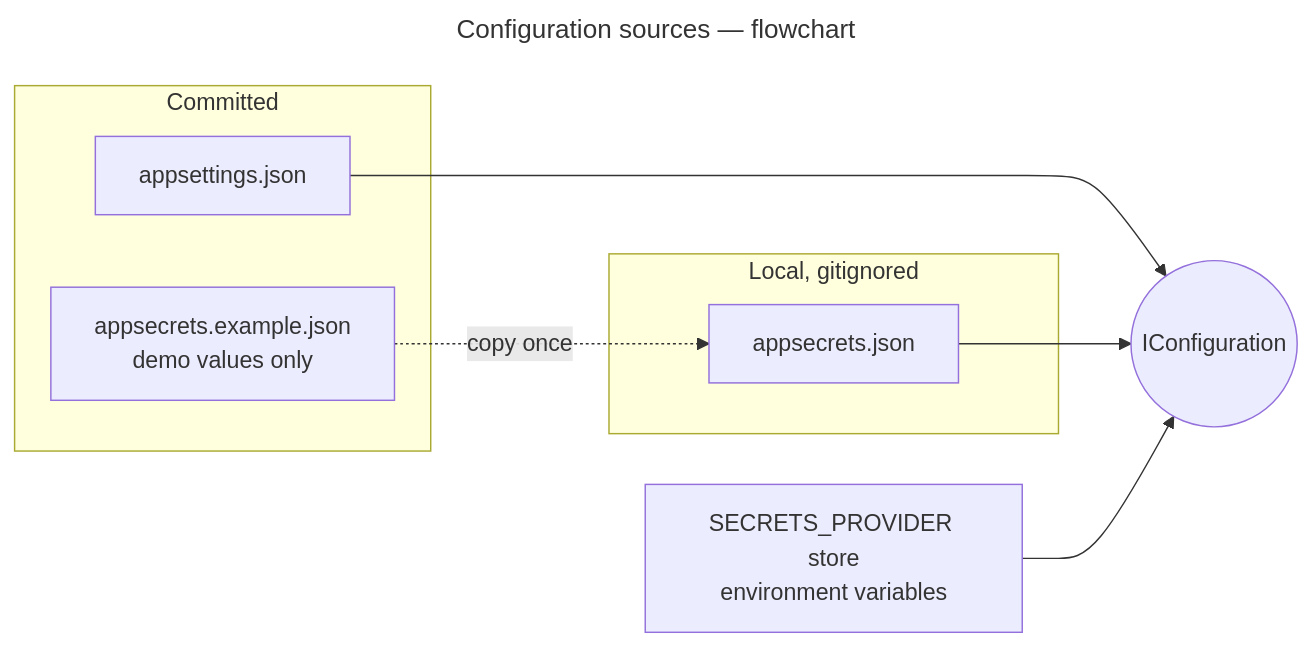
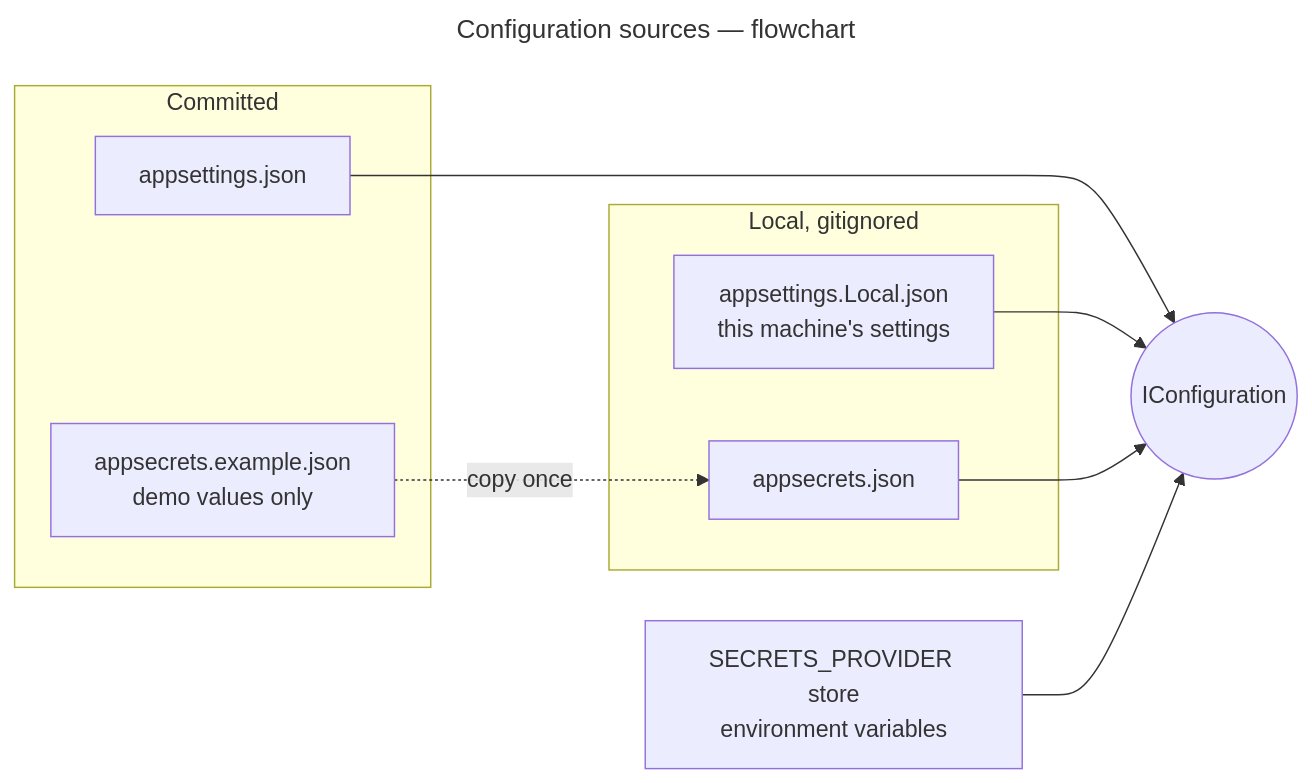
Before and after one commit to gmetskhvarishvili/GM.FileStorage.Samples: the diagram in docs/configuration.md, drawn with Mermaid. The commit also changed other lines of this file and 3 other files, not shown here.

First line of the commit message:
feat: this machine's settings in appsettings.Local.json, for the worker too

````diff
--- a/docs/configuration.md
+++ b/docs/configuration.md
@@ -12,20 +30,22 @@
 ```mermaid
 ---
 title: Configuration sources — flowchart
 ---
 flowchart LR
     subgraph committed[Committed]
         a1[appsettings.json]
         a2[appsecrets.example.json<br/>demo values only]
     end
     subgraph local[Local, gitignored]
+        l1[appsettings.Local.json<br/>this machine's settings]
         s1[appsecrets.json]
     end
     env[SECRETS_PROVIDER store<br/>environment variables]
     cfg((IConfiguration))
 
     a2 -. copy once .-> s1
     a1 --> cfg
+    l1 --> cfg
     s1 --> cfg
     env --> cfg
 ```
````
